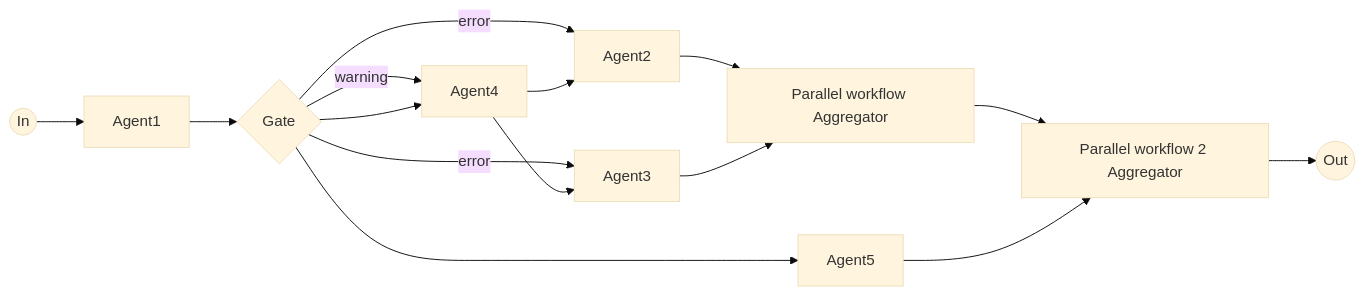
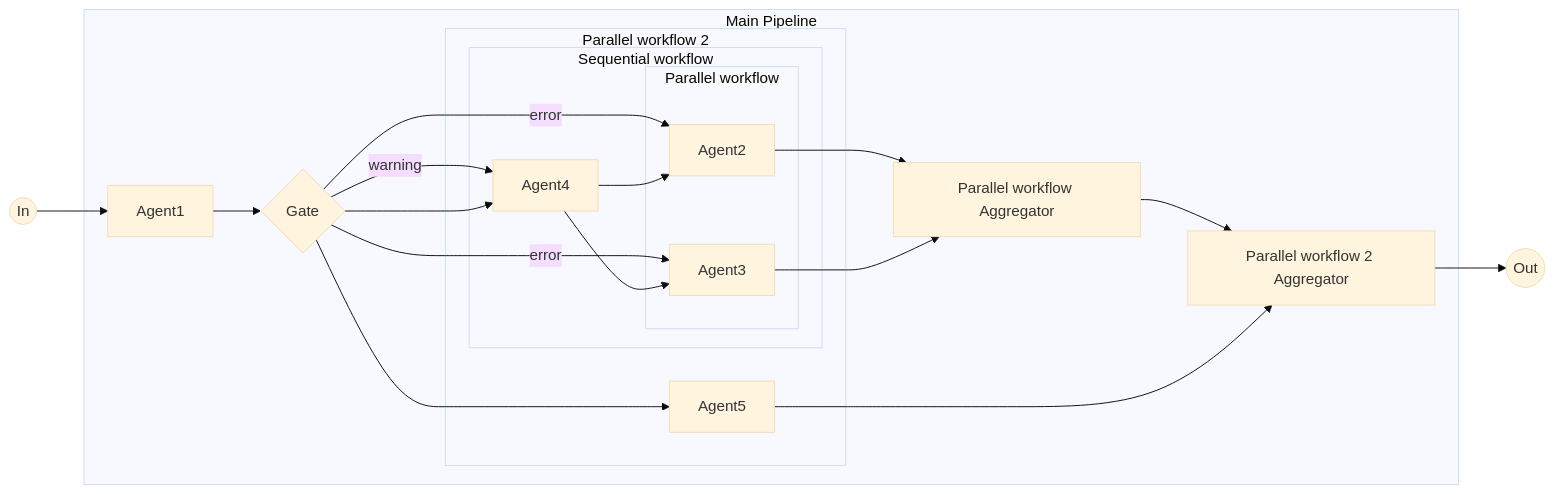
Before and after one commit to rootstrap/mars: the diagram in examples/complex_workflow/diagram.md, drawn with Mermaid (base theme). The commit also changed 8 other files, not shown here.

````diff
--- a/examples/complex_workflow/diagram.md
+++ b/examples/complex_workflow/diagram.md
@@ -1,27 +1,49 @@
 ```mermaid
 flowchart LR
 in((In))
 out((Out))
 agent1[Agent1]
 gate{Gate}
 agent4[Agent4]
 parallel_workflow_aggregator[Parallel workflow Aggregator]
 agent2[Agent2]
 agent3[Agent3]
 parallel_workflow_2_aggregator[Parallel workflow 2 Aggregator]
 agent5[Agent5]
+subgraph main_pipeline["Main Pipeline"]
+  agent1
+  gate
+  parallel_workflow_aggregator
+  parallel_workflow_2
+  parallel_workflow_2_aggregator
+end
+subgraph sequential_workflow["Sequential workflow"]
+  agent4
+  parallel_workflow
+  parallel_workflow_aggregator
+end
+subgraph parallel_workflow["Parallel workflow"]
+  agent2
+  agent3
+  parallel_workflow_aggregator
+end
+subgraph parallel_workflow_2["Parallel workflow 2"]
+  sequential_workflow
+  agent5
+  parallel_workflow_2_aggregator
+end
 in --> agent1
 agent1 --> gate
 gate -->|warning| agent4
 gate -->|error| agent2
 gate -->|error| agent3
 gate --> agent4
 gate --> agent5
 agent4 --> agent2
 agent4 --> agent3
 agent2 --> parallel_workflow_aggregator
 parallel_workflow_aggregator --> parallel_workflow_2_aggregator
 agent3 --> parallel_workflow_aggregator
 parallel_workflow_2_aggregator --> out
 agent5 --> parallel_workflow_2_aggregator
 ```
````
